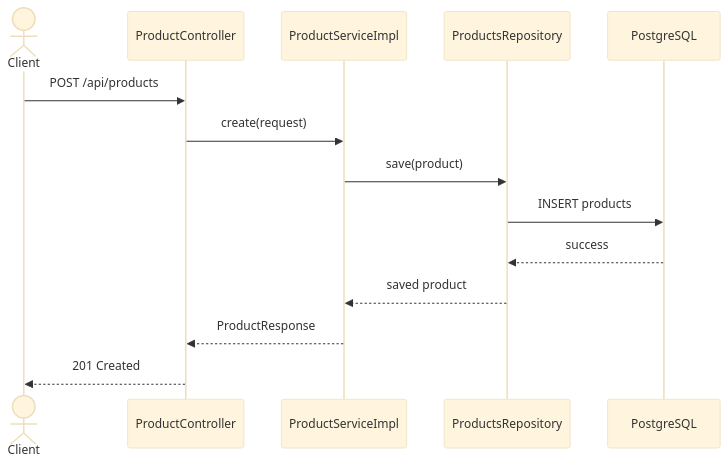
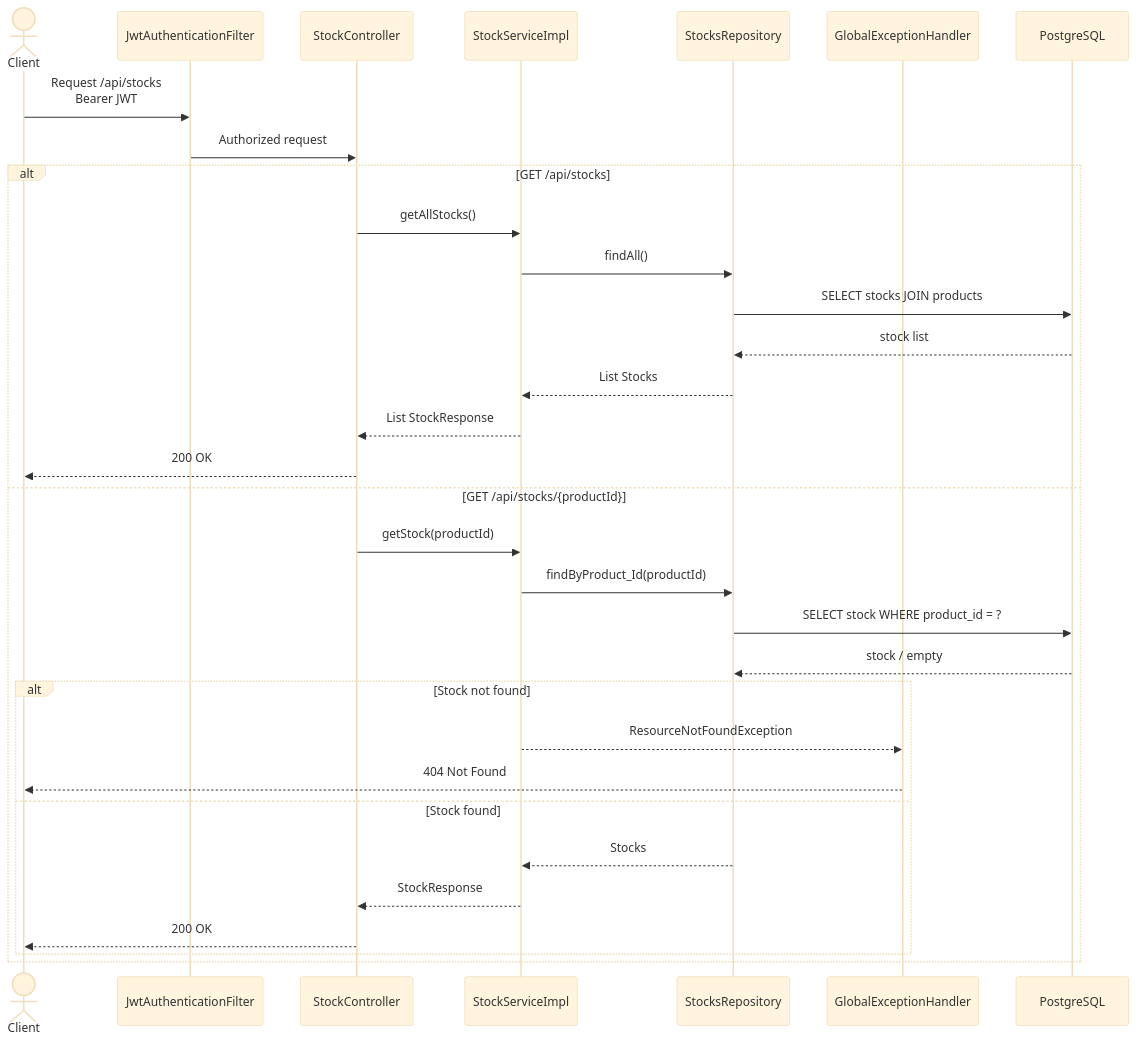
The fourth of 6 diagrams in docs/sequence-diagram.md (DinoDarmayanto/3pm-api-toko-java), drawn with Mermaid (base theme) before and after one commit. The commit also changed other lines of this file, not shown here.

Commit message:
Update Sequence Diagram

````diff
--- a/docs/sequence-diagram.md
+++ b/docs/sequence-diagram.md
@@ -93,24 +179,39 @@
 ```mermaid
 sequenceDiagram
     actor Client
 
-    participant Controller as ProductController
-    participant Service as ProductServiceImpl
-    participant Repository as ProductsRepository
+    participant JwtFilter as JwtAuthenticationFilter
+    participant Controller as StockController
+    participant Service as StockServiceImpl
+    participant StockRepo as StocksRepository
+    participant ExceptionHandler as GlobalExceptionHandler
     participant DB as PostgreSQL
 
-    Client->>Controller: POST /api/products
+    Client->>JwtFilter: Request /api/stocks<br/>Bearer JWT
+    JwtFilter->>Controller: Authorized request
 
-    Controller->>Service: create(request)
+    alt GET /api/stocks
+        Controller->>Service: getAllStocks()
+        Service->>StockRepo: findAll()
+        StockRepo->>DB: SELECT stocks JOIN products
+        DB-->>StockRepo: stock list
+        StockRepo-->>Service: List Stocks
+        Service-->>Controller: List StockResponse
+        Controller-->>Client: 200 OK
 
-    Service->>Repository: save(product)
+    else GET /api/stocks/{productId}
+        Controller->>Service: getStock(productId)
+        Service->>StockRepo: findByProduct_Id(productId)
+        StockRepo->>DB: SELECT stock WHERE product_id = ?
+        DB-->>StockRepo: stock / empty
 
-    Repository->>DB: INSERT products
-    DB-->>Repository: success
-
-    Repository-->>Service: saved product
-
-    Service-->>Controller: ProductResponse
-
-    Controller-->>Client: 201 Created
+        alt Stock not found
+            Service-->>ExceptionHandler: ResourceNotFoundException
+            ExceptionHandler-->>Client: 404 Not Found
+        else Stock found
+            StockRepo-->>Service: Stocks
+            Service-->>Controller: StockResponse
+            Controller-->>Client: 200 OK
+        end
+    end
 ```
````
